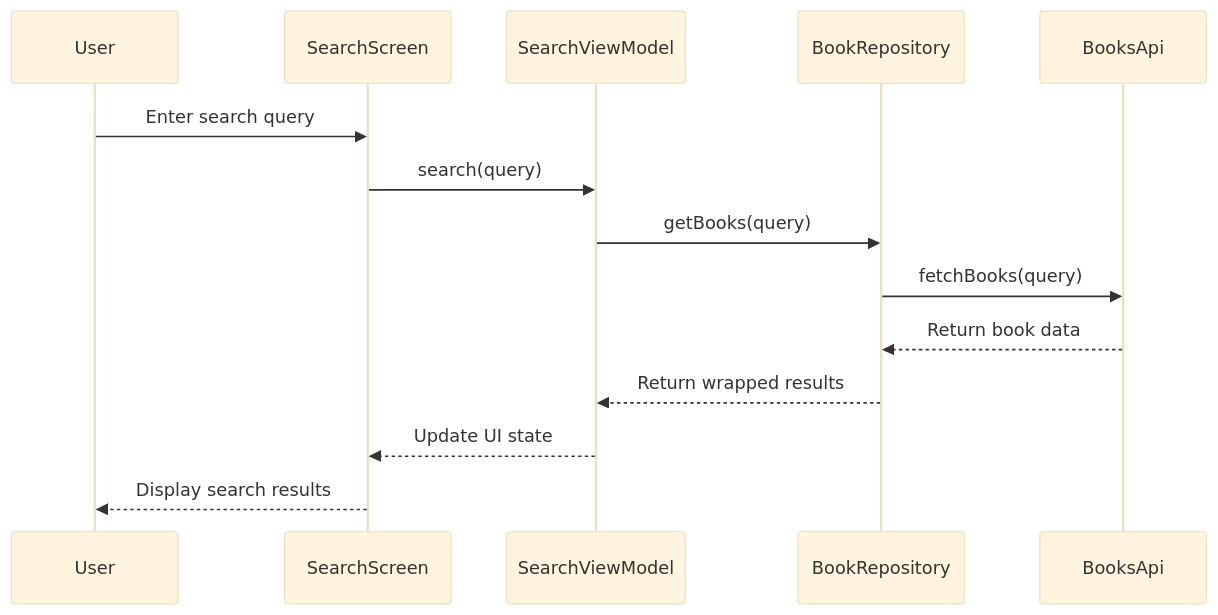
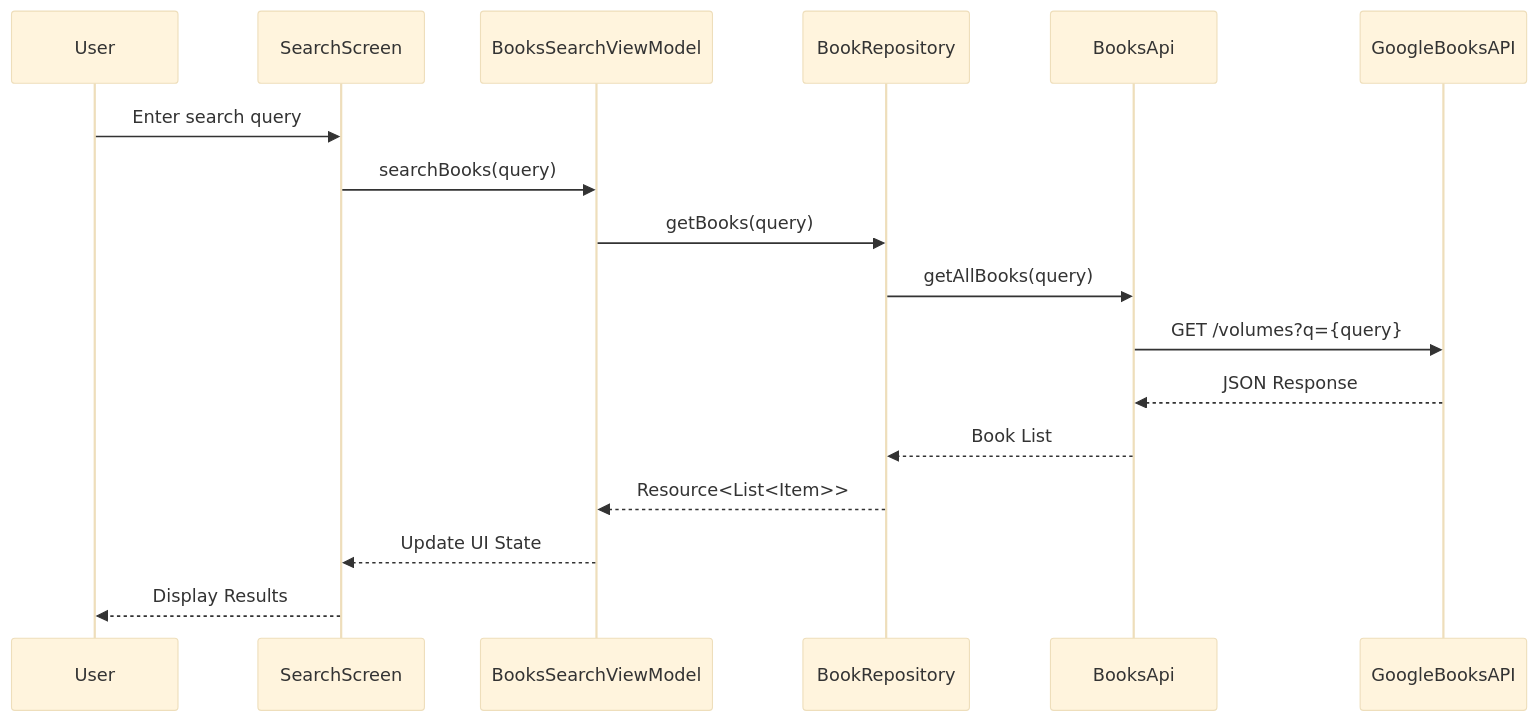
One commit to Yashvvvv/ReadSphere changed the diagram in README.md. Above: the diagram before and after it, drawn with Mermaid (base theme). The commit also changed other lines of this file, not shown here.

````diff
--- a/README.md
+++ b/README.md
@@ -139,17 +216,20 @@
 ```mermaid
 sequenceDiagram
     participant User
     participant SearchScreen
-    participant SearchViewModel
+    participant BooksSearchViewModel
     participant BookRepository
     participant BooksApi
+    participant GoogleBooksAPI
 
     User->>SearchScreen: Enter search query
-    SearchScreen->>SearchViewModel: search(query)
-    SearchViewModel->>BookRepository: getBooks(query)
-    BookRepository->>BooksApi: fetchBooks(query)
-    BooksApi-->>BookRepository: Return book data
-    BookRepository-->>SearchViewModel: Return wrapped results
-    SearchViewModel-->>SearchScreen: Update UI state
-    SearchScreen-->>User: Display search results
+    SearchScreen->>BooksSearchViewModel: searchBooks(query)
+    BooksSearchViewModel->>BookRepository: getBooks(query)
+    BookRepository->>BooksApi: getAllBooks(query)
+    BooksApi->>GoogleBooksAPI: GET /volumes?q={query}
+    GoogleBooksAPI-->>BooksApi: JSON Response
+    BooksApi-->>BookRepository: Book List
+    BookRepository-->>BooksSearchViewModel: Resource<List<Item>>
+    BooksSearchViewModel-->>SearchScreen: Update UI State
+    SearchScreen-->>User: Display Results
 ```
````
